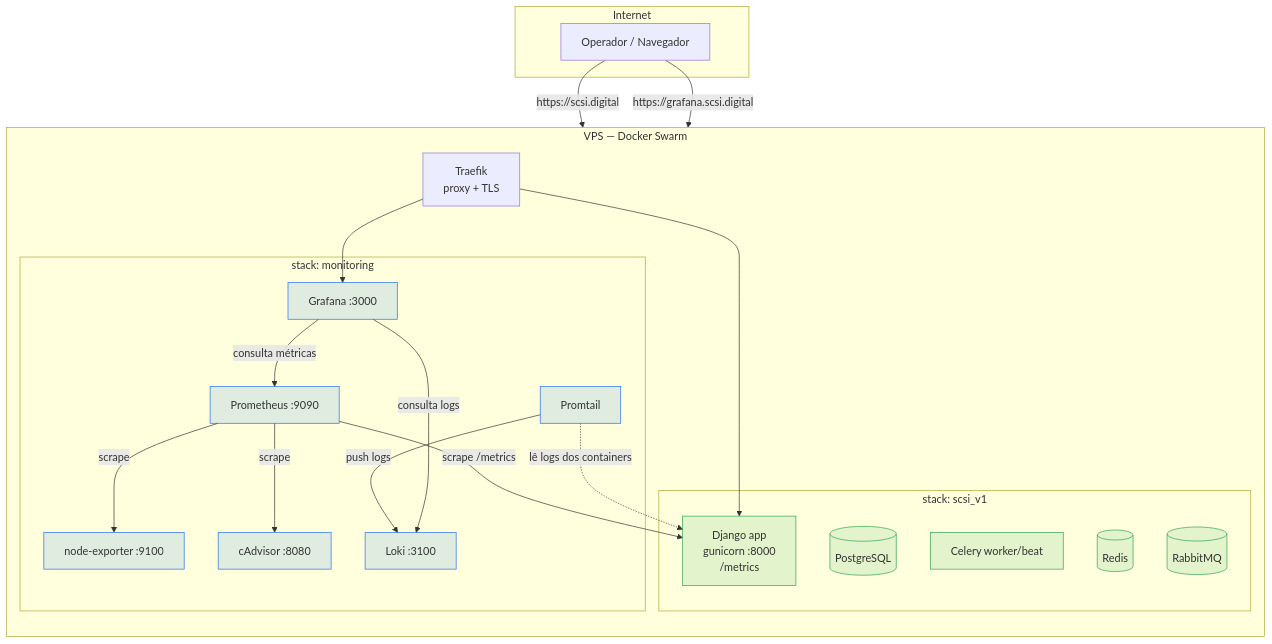
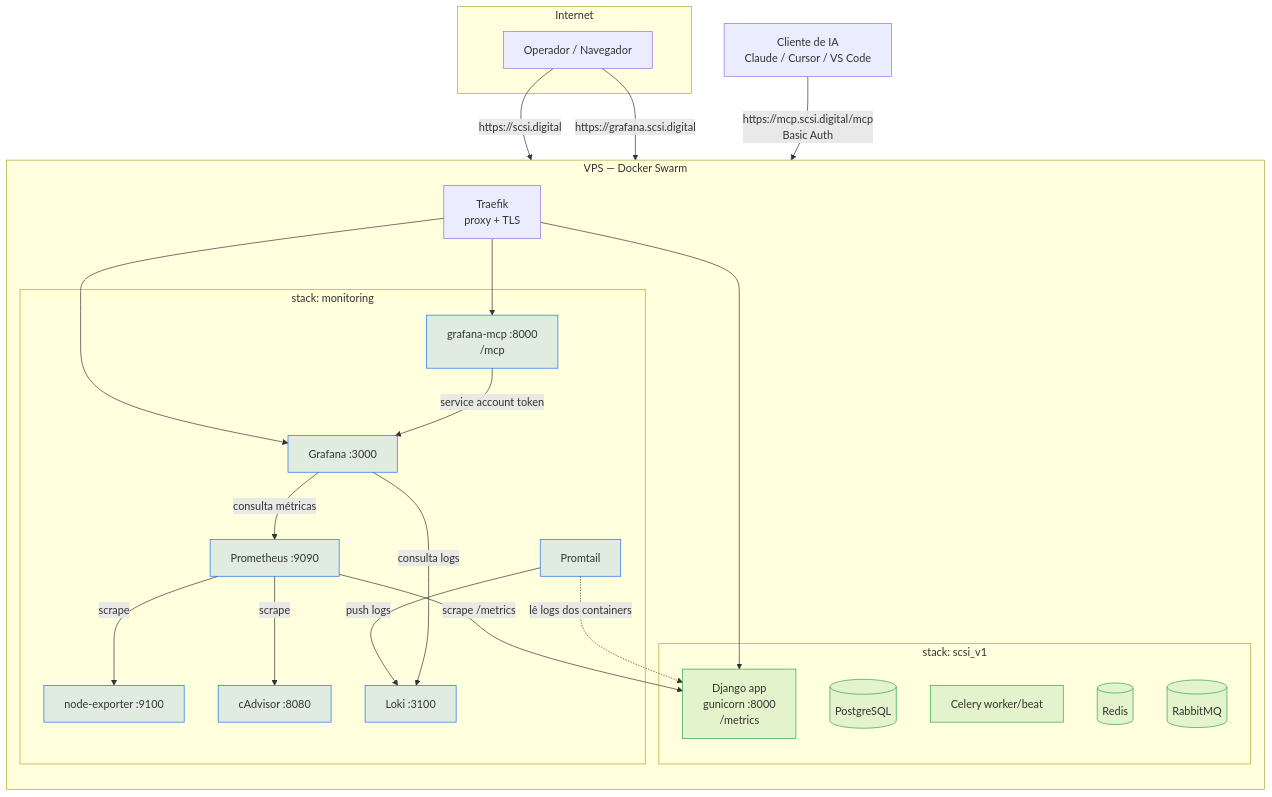
The first of 6 diagrams in docs/monitoring.md (pycodebr/scsi_v1), drawn with Mermaid before and after one commit. The commit also changed other lines of this file and 5 other files, not shown here.

Commit message:
add grafana mcp

````diff
--- a/docs/monitoring.md
+++ b/docs/monitoring.md
@@ -41,45 +47,50 @@
 ```mermaid
 flowchart TB
     subgraph internet[Internet]
         user[Operador / Navegador]
     end
 
     subgraph swarm[VPS — Docker Swarm]
         direction TB
         traefik[Traefik<br/>proxy + TLS]
 
         subgraph appstack[stack: scsi_v1]
             app[Django app<br/>gunicorn :8000<br/>/metrics]
             db[(PostgreSQL)]
             worker[Celery worker/beat]
             redis[(Redis)]
             rabbit[(RabbitMQ)]
         end
 
         subgraph monstack[stack: monitoring]
             prom[Prometheus :9090]
             graf[Grafana :3000]
+            mcp[grafana-mcp :8000<br/>/mcp]
             loki[Loki :3100]
             promtail[Promtail]
             node[node-exporter :9100]
             cadvisor[cAdvisor :8080]
         end
     end
 
+    aiclient[Cliente de IA<br/>Claude / Cursor / VS Code]
+
     user -->|https://scsi.digital| traefik --> app
     user -->|https://grafana.scsi.digital| traefik --> graf
+    aiclient -->|https://mcp.scsi.digital/mcp<br/>Basic Auth| traefik --> mcp
+    mcp -->|service account token| graf
 
     prom -->|scrape /metrics| app
     prom -->|scrape| node
     prom -->|scrape| cadvisor
     promtail -->|push logs| loki
     promtail -.lê logs dos containers.-> app
 
     graf -->|consulta métricas| prom
     graf -->|consulta logs| loki
 
     classDef mon fill:#1f6feb22,stroke:#1f6feb;
     classDef app fill:#2da44e22,stroke:#2da44e;
-    class prom,graf,loki,promtail,node,cadvisor mon;
+    class prom,graf,mcp,loki,promtail,node,cadvisor mon;
     class app,db,worker,redis,rabbit app;
 ```
````
